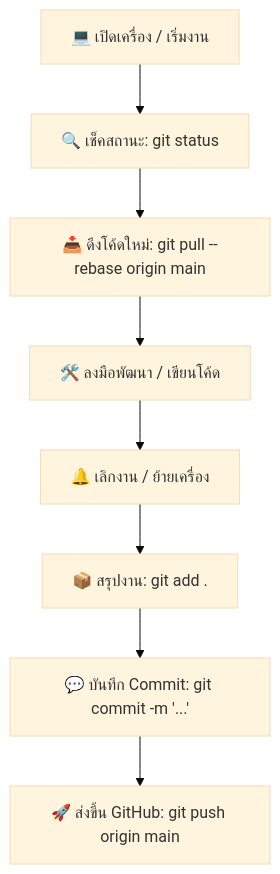
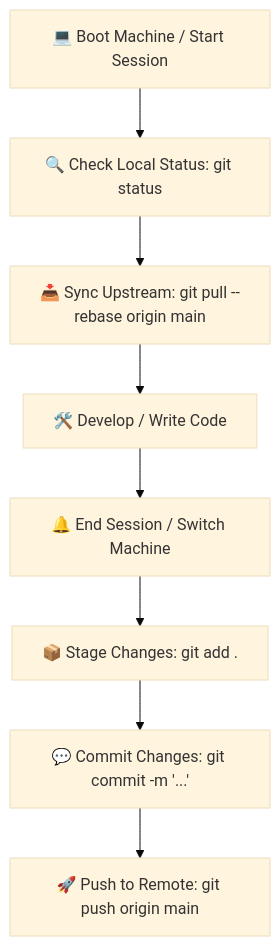
Before and after one commit to nitipoomph-coder/jewelry-factory-ERP: the diagram in GIT_WORKFLOW_GUIDE.md, drawn with Mermaid (base theme). The commit also changed other lines of this file, not shown here.

Commit message:
docs: translate GIT_WORKFLOW_GUIDE.md to english

````diff
--- a/GIT_WORKFLOW_GUIDE.md
+++ b/GIT_WORKFLOW_GUIDE.md
@@ -25,10 +25,10 @@
 ```mermaid
 flowchart TD
-    A[💻 เปิดเครื่อง / เริ่มงาน] --> B[🔍 เช็คสถานะ: git status]
-    B --> C[📥 ดึงโค้ดใหม่: git pull --rebase origin main]
-    C --> D[🛠️ ลงมือพัฒนา / เขียนโค้ด]
-    D --> E[🔔 เลิกงาน / ย้ายเครื่อง]
-    E --> F[📦 สรุปงาน: git add .]
-    F --> G["💬 บันทึก Commit: git commit -m '...' "]
-    G --> H[🚀 ส่งขึ้น GitHub: git push origin main]
+    A[💻 Boot Machine / Start Session] --> B[🔍 Check Local Status: git status]
+    B --> C[📥 Sync Upstream: git pull --rebase origin main]
+    C --> D[🛠️ Develop / Write Code]
+    D --> E[🔔 End Session / Switch Machine]
+    E --> F[📦 Stage Changes: git add .]
+    F --> G["💬 Commit Changes: git commit -m '...' "]
+    G --> H[🚀 Push to Remote: git push origin main]
 ```
````
